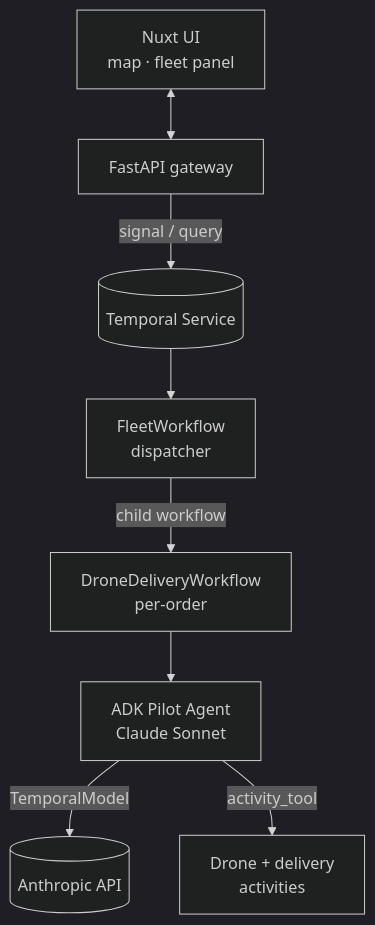
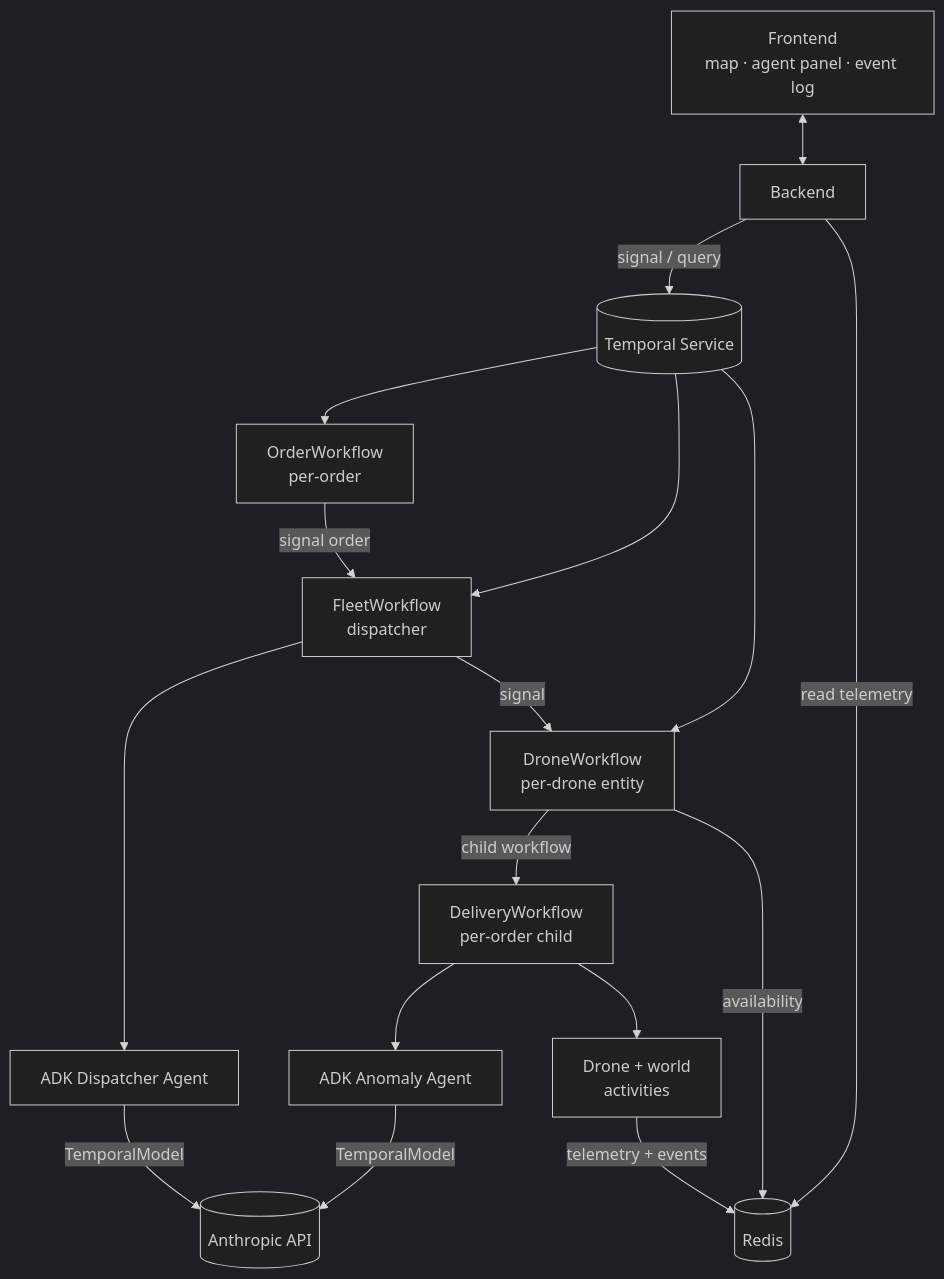
Before and after one commit to alexandreroman/durable-skies: the diagram in README.md, drawn with Mermaid (dark theme). The commit also changed other lines of this file and 1 other file, not shown here.

````diff
--- a/README.md
+++ b/README.md
@@ -112,19 +143,32 @@
 ```mermaid
 graph TD
-    UI[Nuxt UI<br/>map · fleet panel]
-    API[FastAPI gateway]
+    FE[Frontend<br/>map · agent panel · event log]
+    API[Backend]
+    ORDER[OrderWorkflow<br/>per-order]
     FLEET[FleetWorkflow<br/>dispatcher]
-    DELIV[DroneDeliveryWorkflow<br/>per-order]
-    AGENT[ADK Pilot Agent<br/>Claude Sonnet]
-    ACTS[Drone + delivery<br/>activities]
+    DRONE[DroneWorkflow<br/>per-drone entity]
+    DELIV[DeliveryWorkflow<br/>per-order child]
+    DISP[ADK Dispatcher Agent]
+    ANOM[ADK Anomaly Agent]
+    ACTS[Drone + world<br/>activities]
     TEMPORAL[(Temporal Service)]
+    REDIS[(Redis)]
     CLAUDE[(Anthropic API)]
 
-    UI <--> API
+    FE <--> API
     API -->|signal / query| TEMPORAL
+    API -->|read telemetry| REDIS
+    TEMPORAL --> ORDER
     TEMPORAL --> FLEET
-    FLEET -->|child workflow| DELIV
-    DELIV --> AGENT
-    AGENT -->|TemporalModel| CLAUDE
-    AGENT -->|activity_tool| ACTS
+    TEMPORAL --> DRONE
+    ORDER -->|signal order| FLEET
+    FLEET --> DISP
+    FLEET -->|signal| DRONE
+    DRONE -->|child workflow| DELIV
+    DELIV --> ANOM
+    DELIV --> ACTS
+    DISP -->|TemporalModel| CLAUDE
+    ANOM -->|TemporalModel| CLAUDE
+    DRONE -->|availability| REDIS
+    ACTS -->|telemetry + events| REDIS
 ```
````
